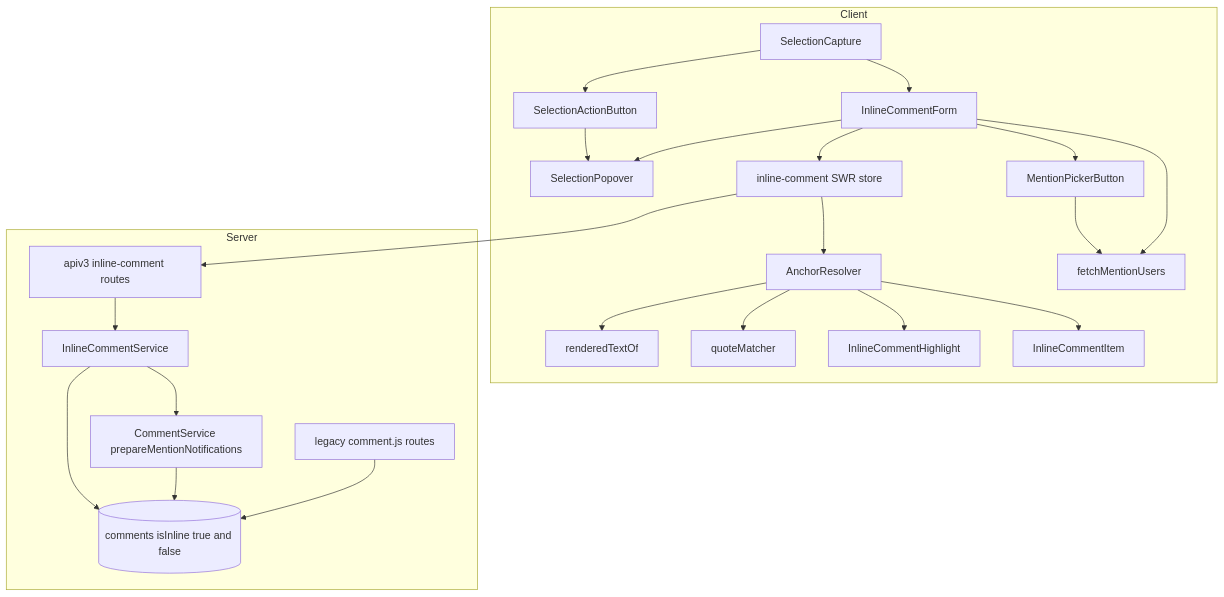
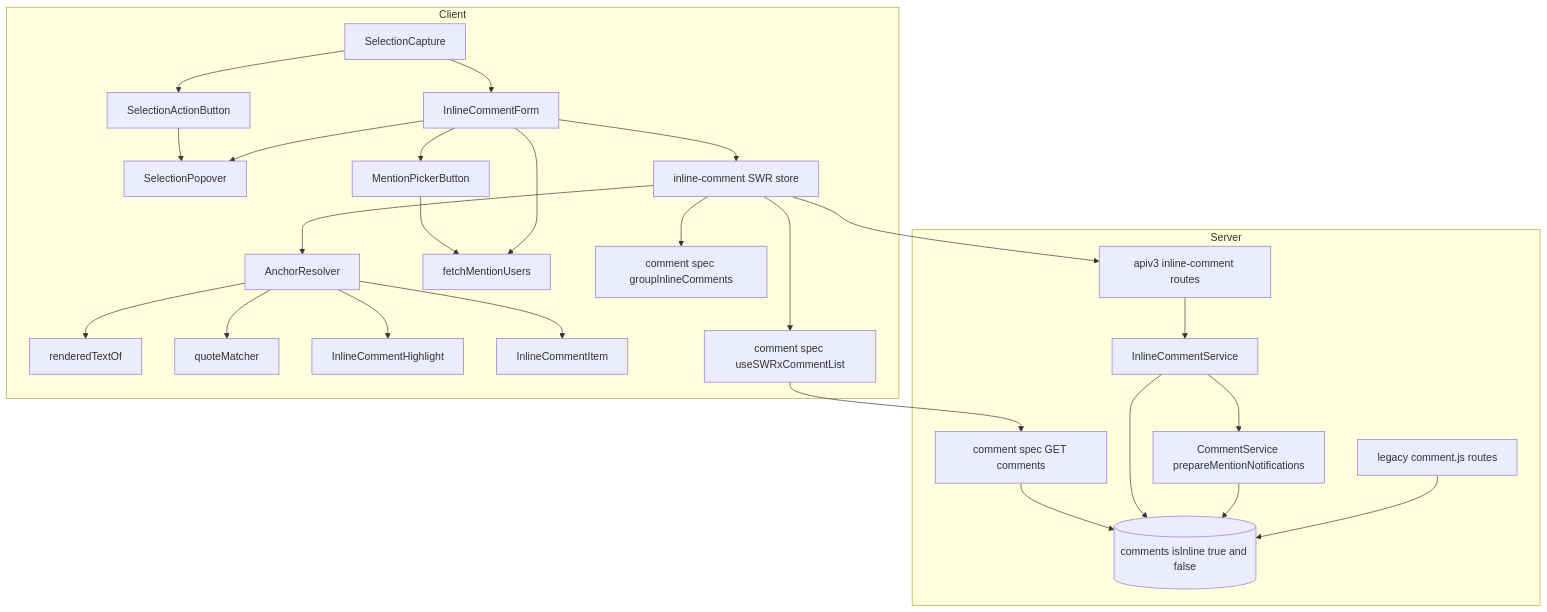
One commit to growilabs/growi changed the first of 5 diagrams in .kiro/specs/inline-comment/design.md. Above: the diagram before and after it, drawn with Mermaid. The commit also changed other lines of this file and 7 other files, not shown here.

First line of the commit message:
docs(spec): point inline-comment retrieval and count contract to the comment spec

````diff
--- a/.kiro/specs/inline-comment/design.md
+++ b/.kiro/specs/inline-comment/design.md
@@ -160,46 +161,53 @@
 ```mermaid
 graph TB
     subgraph Client
         SelectionCapture[SelectionCapture]
         SelectionActionButton[SelectionActionButton]
         SelectionPopover[SelectionPopover]
         AnchorResolver[AnchorResolver]
         RenderedText[renderedTextOf]
         QuoteMatcher[quoteMatcher]
         HighlightOverlay[InlineCommentHighlight]
         InlineCommentForm[InlineCommentForm]
         MentionPickerButton[MentionPickerButton]
         FetchMentionUsers[fetchMentionUsers]
         InlineCommentItem[InlineCommentItem]
         InlineCommentStore[inline-comment SWR store]
+        GroupInline[comment spec groupInlineComments]
+        SharedCommentList[comment spec useSWRxCommentList]
     end
 
     subgraph Server
         InlineCommentRoutes[apiv3 inline-comment routes]
         InlineCommentService[InlineCommentService]
         CommentService[CommentService prepareMentionNotifications]
         LegacyCommentRoutes[legacy comment.js routes]
+        CommentListApi[comment spec GET comments]
         CommentsTable[(comments isInline true and false)]
     end
 
     SelectionCapture --> SelectionActionButton
     SelectionCapture --> InlineCommentForm
     SelectionActionButton --> SelectionPopover
     InlineCommentForm --> SelectionPopover
     InlineCommentForm --> MentionPickerButton
     MentionPickerButton --> FetchMentionUsers
     InlineCommentForm --> FetchMentionUsers
     InlineCommentForm --> InlineCommentStore
     InlineCommentStore --> InlineCommentRoutes
+    InlineCommentStore --> SharedCommentList
+    InlineCommentStore --> GroupInline
+    SharedCommentList --> CommentListApi
+    CommentListApi --> CommentsTable
     InlineCommentRoutes --> InlineCommentService
     InlineCommentService --> CommentsTable
     InlineCommentService --> CommentService
     CommentService --> CommentsTable
     LegacyCommentRoutes --> CommentsTable
 
     InlineCommentStore --> AnchorResolver
     AnchorResolver --> RenderedText
     AnchorResolver --> QuoteMatcher
     AnchorResolver --> HighlightOverlay
     AnchorResolver --> InlineCommentItem
 ```
````
